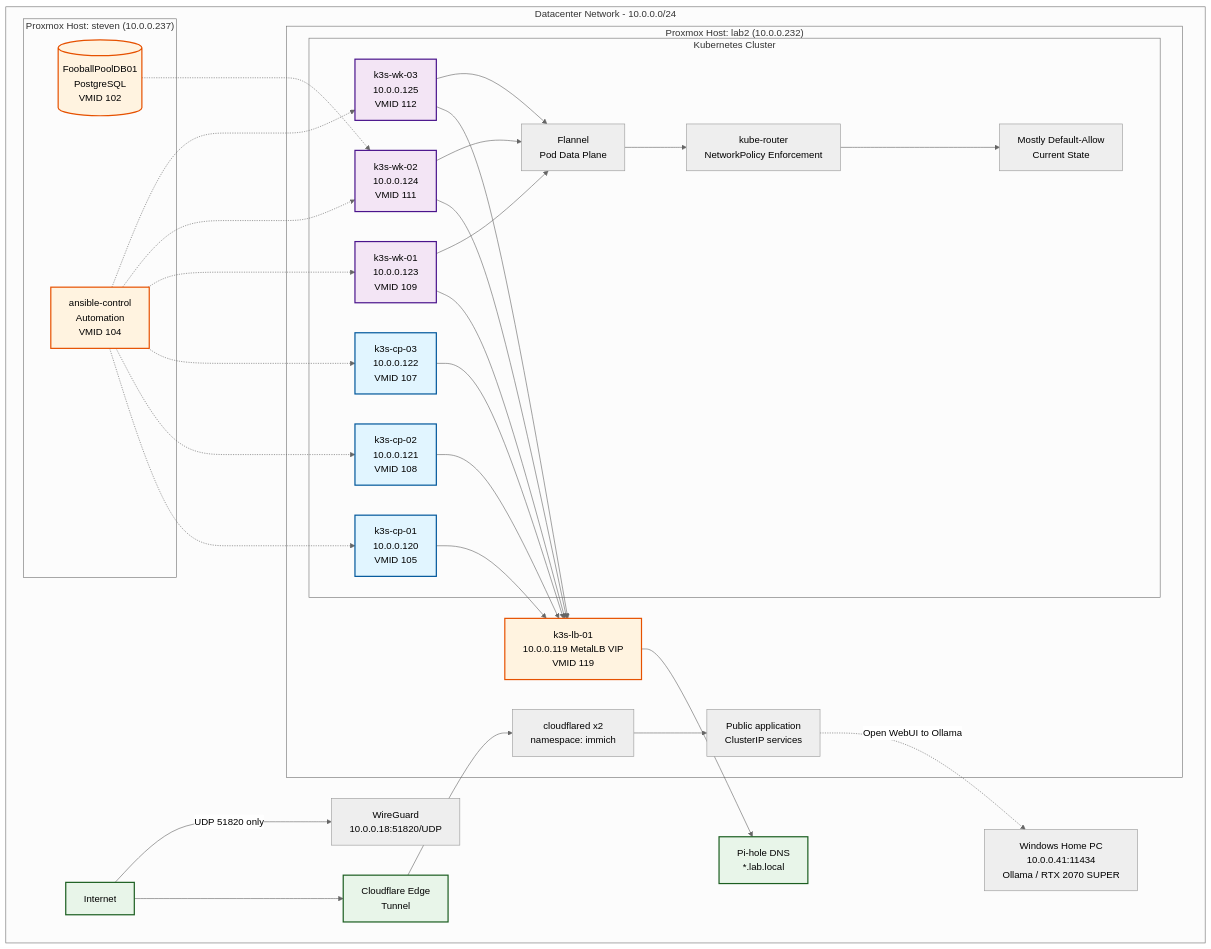
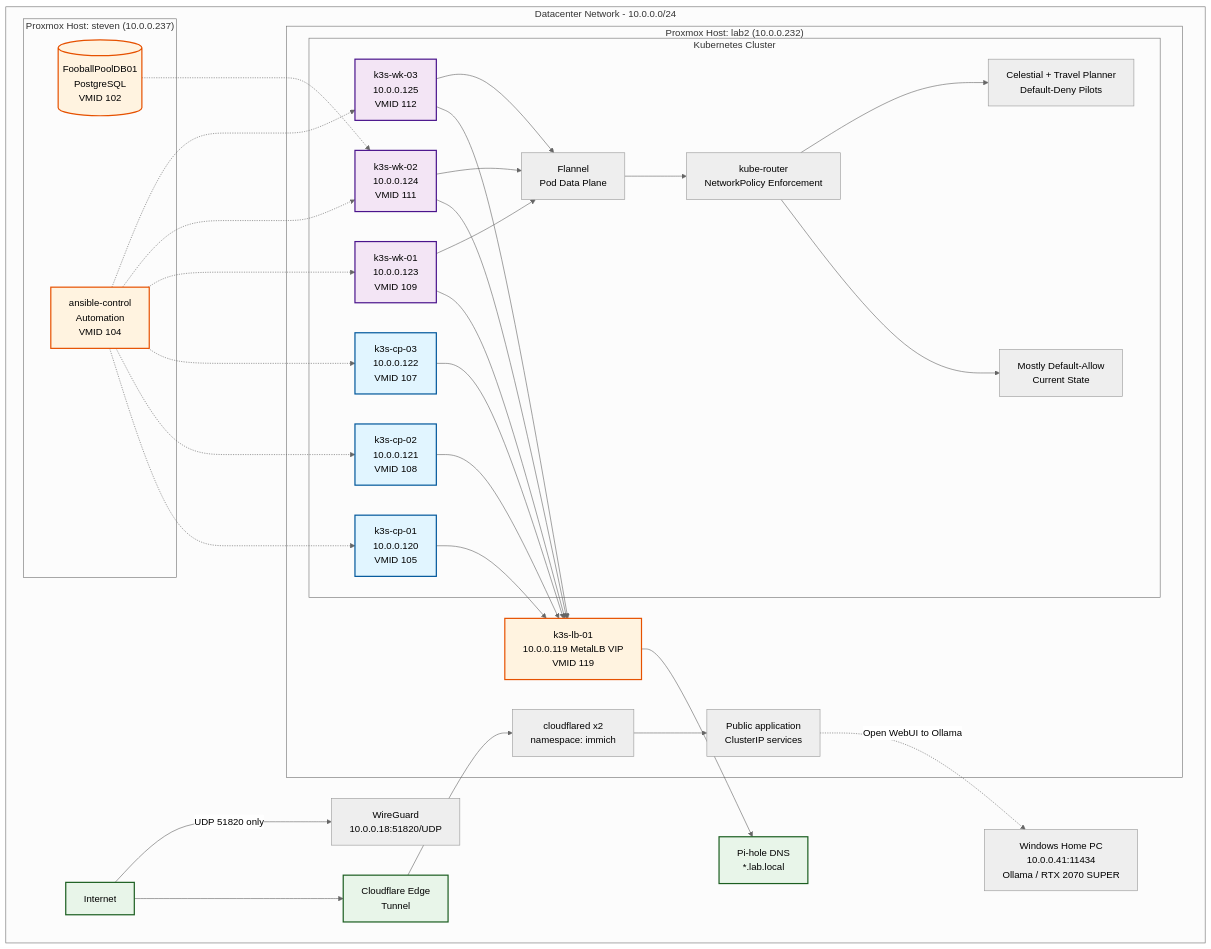
Before and after one commit to stevenbarnes2017/homelab-portfolio: the diagram in docs/diagrams/network-topology.md, drawn with Mermaid (neutral theme). The commit also changed other lines of this file and 4 other files, not shown here.

Commit message:
docs: record Travel Planner segmentation pilot

````diff
--- a/docs/diagrams/network-topology.md
+++ b/docs/diagrams/network-topology.md
@@ -3,63 +3,65 @@
 ```mermaid
 graph TB
     subgraph "Datacenter Network - 10.0.0.0/24"
         subgraph "Proxmox Host: lab2 (10.0.0.232)"
             subgraph "Kubernetes Cluster"
                 CP1[k3s-cp-01<br/>10.0.0.120<br/>VMID 105]
                 CP2[k3s-cp-02<br/>10.0.0.121<br/>VMID 108]
                 CP3[k3s-cp-03<br/>10.0.0.122<br/>VMID 107]
                 WK1[k3s-wk-01<br/>10.0.0.123<br/>VMID 109]
                 WK2[k3s-wk-02<br/>10.0.0.124<br/>VMID 111]
                 WK3[k3s-wk-03<br/>10.0.0.125<br/>VMID 112]
                 FLANNEL[Flannel<br/>Pod Data Plane]
                 KUBEROUTER[kube-router<br/>NetworkPolicy Enforcement]
                 DEFAULTALLOW[Mostly Default-Allow<br/>Current State]
+                SEGMENTEDPILOTS[Celestial + Travel Planner<br/>Default-Deny Pilots]
             end
             LB[k3s-lb-01<br/>10.0.0.119 MetalLB VIP<br/>VMID 119]
             CLOUDFLARED[cloudflared x2<br/>namespace: immich]
             CLUSTERIP[Public application<br/>ClusterIP services]
         end
 
         subgraph "Proxmox Host: steven (10.0.0.237)"
             DB[(FooballPoolDB01<br/>PostgreSQL<br/>VMID 102)]
             ANSIBLE[ansible-control<br/>Automation<br/>VMID 104]
         end
 
         PIHOLE[Pi-hole DNS<br/>*.lab.local]
         WG[WireGuard<br/>10.0.0.18:51820/UDP]
         OLLAMA[Windows Home PC<br/>10.0.0.41:11434<br/>Ollama / RTX 2070 SUPER]
         CF[Cloudflare Edge<br/>Tunnel]
         INTERNET[Internet]
     end
 
     %% Connections
     CP1 & CP2 & CP3 --> LB
     WK1 & WK2 & WK3 --> LB
     WK1 & WK2 & WK3 --> FLANNEL
     FLANNEL --> KUBEROUTER
     KUBEROUTER --> DEFAULTALLOW
+    KUBEROUTER --> SEGMENTEDPILOTS
     LB --> PIHOLE
     INTERNET --> CF
     CF --> CLOUDFLARED
     CLOUDFLARED --> CLUSTERIP
     INTERNET -->|UDP 51820 only| WG
     CLUSTERIP -. Open WebUI to Ollama .-> OLLAMA
     DB -.-> WK2
     ANSIBLE -.-> CP1
     ANSIBLE -.-> CP2
     ANSIBLE -.-> CP3
     ANSIBLE -.-> WK1
     ANSIBLE -.-> WK2
     ANSIBLE -.-> WK3
 
     %% Styling
     classDef controlPlane fill:#e1f5ff,stroke:#01579b,stroke-width:2px
     classDef worker fill:#f3e5f5,stroke:#4a148c,stroke-width:2px
     classDef infrastructure fill:#fff3e0,stroke:#e65100,stroke-width:2px
     classDef external fill:#e8f5e9,stroke:#1b5e20,stroke-width:2px
 
     class CP1,CP2,CP3 controlPlane
     class WK1,WK2,WK3 worker
     class LB,DB,ANSIBLE infrastructure
     class PIHOLE,INTERNET,CF external
 ```
````
